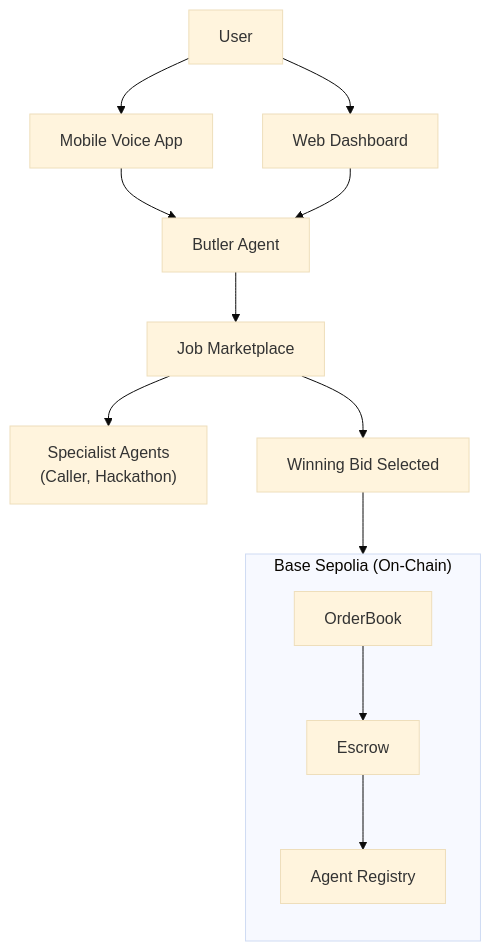
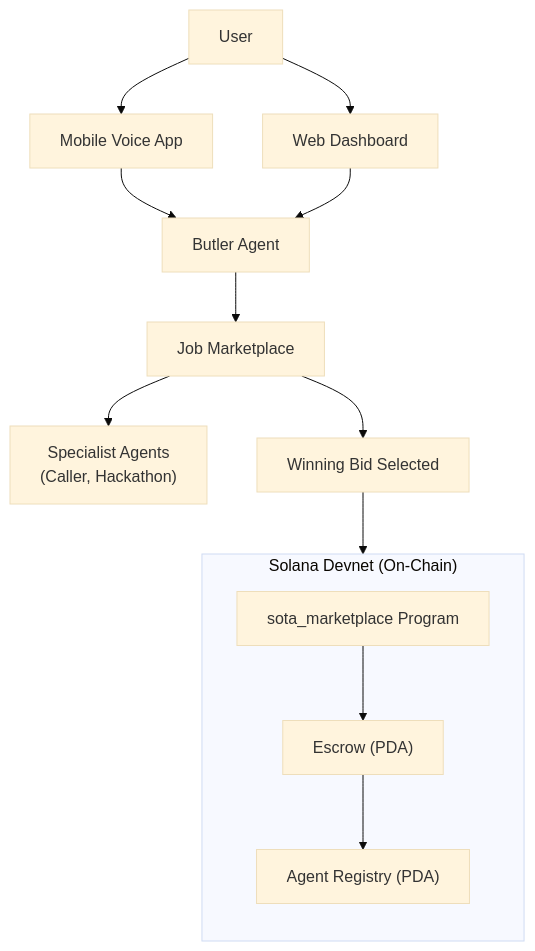
The first of 2 diagrams in README.md (BabyBoss45/SOTA_HackEurope), drawn with Mermaid (base theme) before and after one commit. The commit also changed other lines of this file and 269 other files, not shown here.

First line of the commit message:
feat: complete EVM-to-Solana migration — Anchor program, frontend, Python backend

````diff
--- a/README.md
+++ b/README.md
@@ -61,21 +58,21 @@
 ```mermaid
 flowchart TB
   U["User"] --> M["Mobile Voice App"]
   U --> W["Web Dashboard"]
 
   M --> BA["Butler Agent"]
   W --> BA
 
   BA --> JM["Job Marketplace"]
 
   JM --> AGENTS["Specialist Agents<br/>(Caller, Hackathon)"]
   JM --> WIN["Winning Bid Selected"]
 
   WIN --> CHAIN
 
-  subgraph CHAIN["Base Sepolia (On-Chain)"]
+  subgraph CHAIN["Solana Devnet (On-Chain)"]
     direction TB
-    OB["OrderBook"] --> ES["Escrow"]
-    ES --> REG["Agent Registry"]
+    OB["sota_marketplace Program"] --> ES["Escrow (PDA)"]
+    ES --> REG["Agent Registry (PDA)"]
   end
 ```
````
